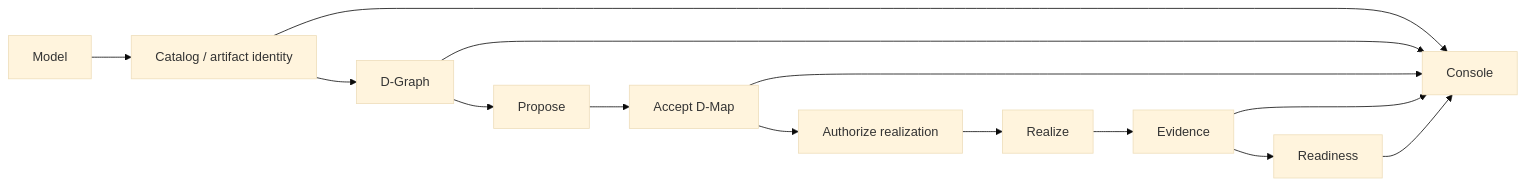
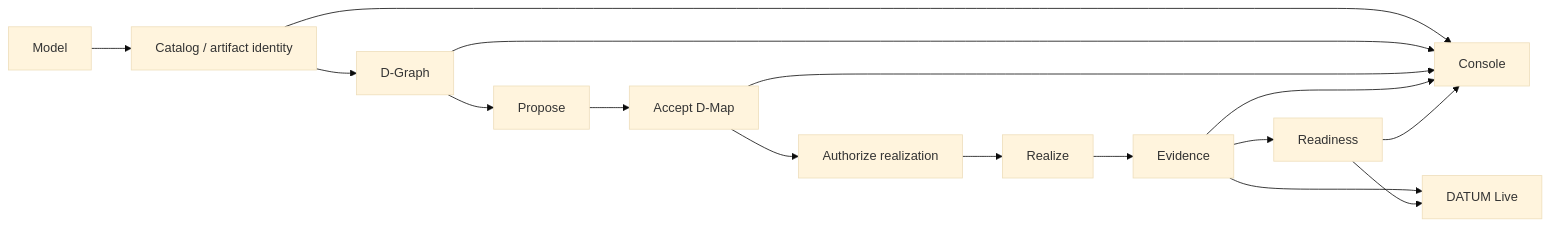
One commit to dnredson/datum-docs changed the first of 2 diagrams in docs/tutorials/index.md. Above: the diagram before and after it, drawn with Mermaid (base theme). The commit also changed other lines of this file and 16 other files, not shown here.

Commit message:
docs: document DATUM Live and current Console

````diff
--- a/docs/tutorials/index.md
+++ b/docs/tutorials/index.md
@@ -29,16 +30,18 @@
 ```mermaid
 flowchart LR
     M["Model"] --> C["Catalog / artifact identity"]
     C --> G["D-Graph"]
     G --> P["Propose"]
     P --> A["Accept D-Map"]
     A --> AU["Authorize realization"]
     AU --> R["Realize"]
     R --> E["Evidence"]
     E --> Q["Readiness"]
     C --> UI["Console"]
     G --> UI
     A --> UI
     E --> UI
     Q --> UI
+    E --> LIVE["DATUM Live"]
+    Q --> LIVE
 ```
````
